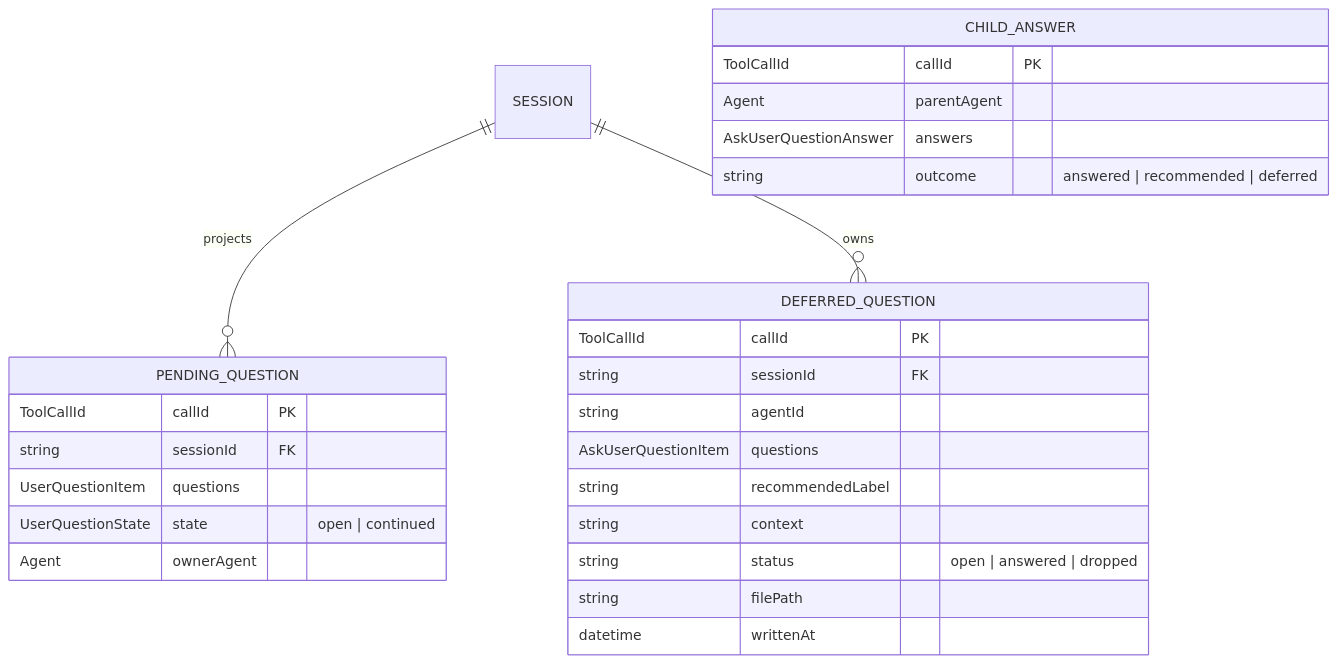
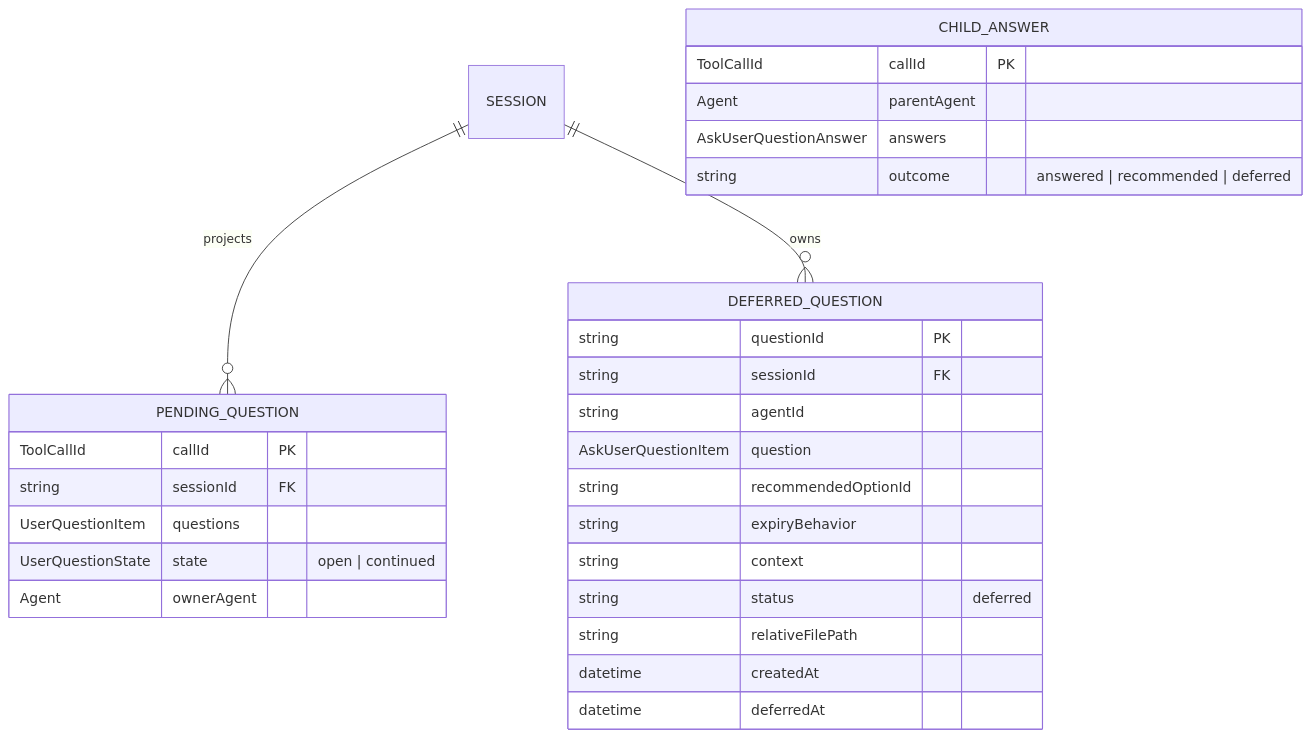
Before and after one commit to astahmer/dshfiles: the second of 2 diagrams in plans/async-agent-questions.md, drawn with Mermaid. The commit also changed other lines of this file and 10 other files, not shown here.

Commit message:
feat(agent-questions): persist expiry and deferred outcomes

````diff
--- a/plans/async-agent-questions.md
+++ b/plans/async-agent-questions.md
@@ -289,32 +289,34 @@
 ```mermaid
 erDiagram
     SESSION ||--o{ PENDING_QUESTION : projects
     SESSION ||--o{ DEFERRED_QUESTION : owns
 
     PENDING_QUESTION {
         ToolCallId callId PK
         string sessionId FK
         UserQuestionItem questions
         UserQuestionState state "open | continued"
         Agent ownerAgent
     }
 
     DEFERRED_QUESTION {
-        ToolCallId callId PK
+        string questionId PK
         string sessionId FK
         string agentId
-        AskUserQuestionItem questions
-        string recommendedLabel
+        AskUserQuestionItem question
+        string recommendedOptionId
+        string expiryBehavior
         string context
-        string status "open | answered | dropped"
-        string filePath
-        datetime writtenAt
+        string status "deferred"
+        string relativeFilePath
+        datetime createdAt
+        datetime deferredAt
     }
 
     CHILD_ANSWER {
         ToolCallId callId PK
         Agent parentAgent
         AskUserQuestionAnswer answers
         string outcome "answered | recommended | deferred"
     }
 ```
````
